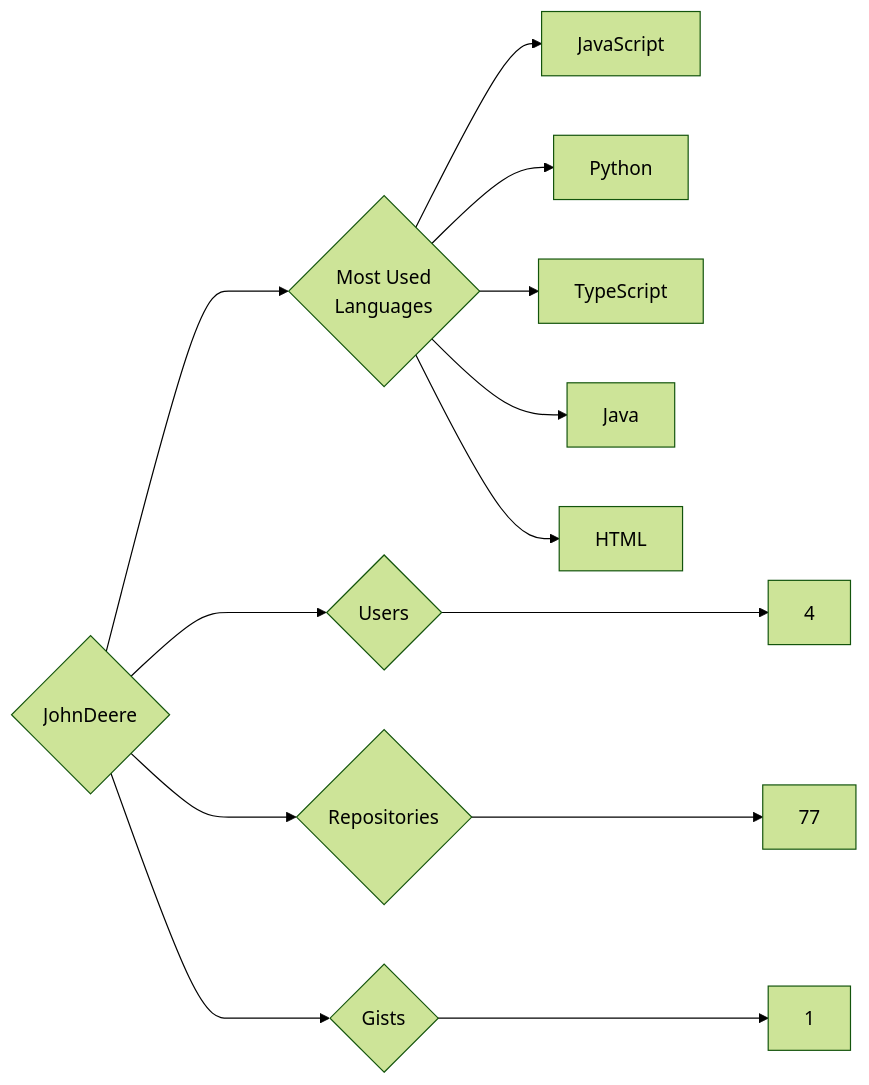
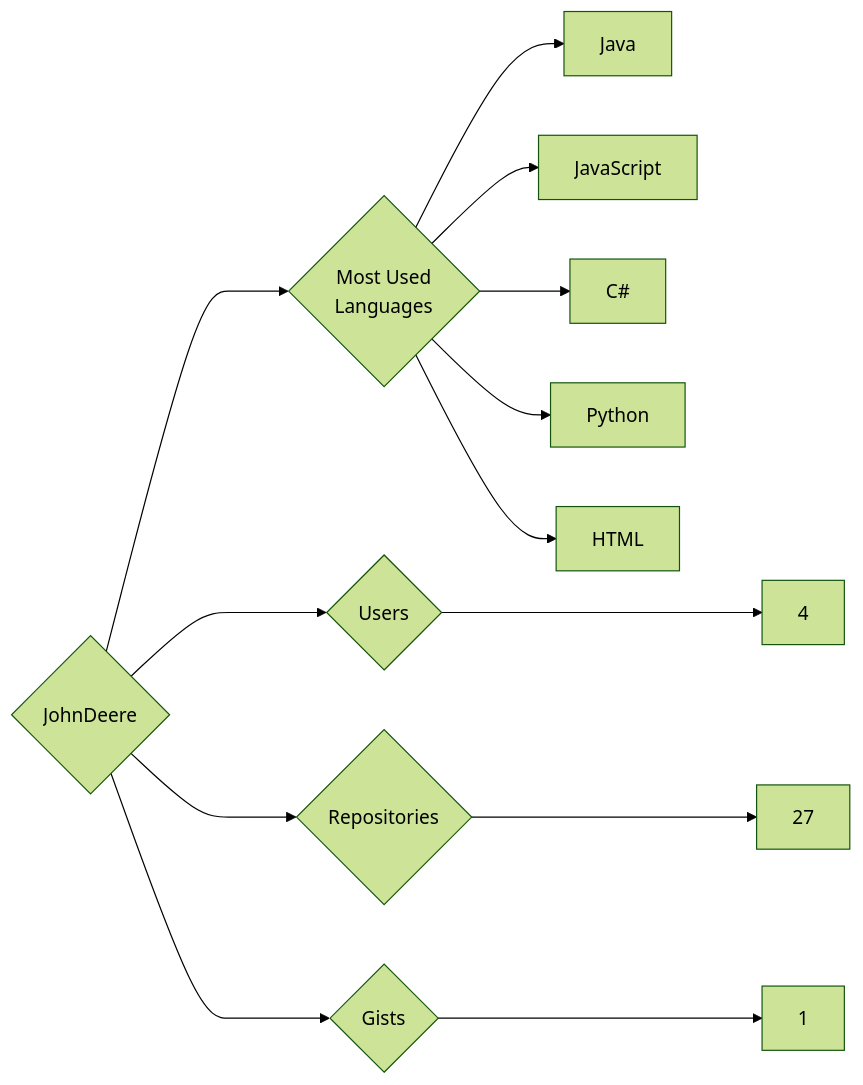
Before and after one commit to trickest/insiders: the diagram in targets/JohnDeere/README.md, drawn with Mermaid (forest theme). The commit also changed 930 other files, not shown here.

````diff
--- a/targets/JohnDeere/README.md
+++ b/targets/JohnDeere/README.md
@@ -3,13 +3,13 @@
 ```mermaid
 graph LR
 COMPANY_NAME{JohnDeere}
 COMPANY_NAME ---> U{Users} ---> UN[4]
-COMPANY_NAME ---> R{Repositories} ---> RN[77]
+COMPANY_NAME ---> R{Repositories} ---> RN[27]
 COMPANY_NAME ---> G{Gists} ---> GN[1]
 COMPANY_NAME ---> ML{Most Used<br>Languages}
+ML --> Java[Java]
 ML --> JavaScript[JavaScript]
+ML --> C#[C#]
 ML --> Python[Python]
-ML --> TypeScript[TypeScript]
-ML --> Java[Java]
 ML --> HTML[HTML]
 ```
````
